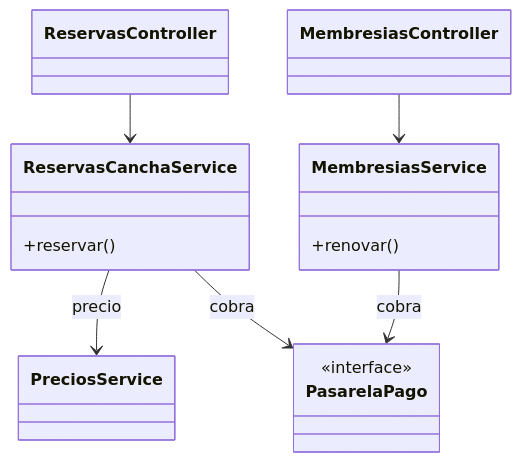
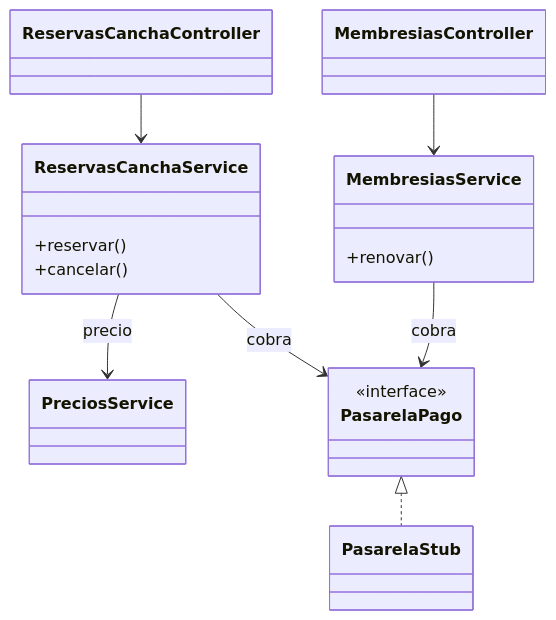
Before and after one commit to PatricioRamos04032000/FitZoneSports: the sixth of 6 diagrams in documentacion/Justificacion_Patrones_Unidad_III.md, drawn with Mermaid. The commit also changed other lines of this file and 19 other files, not shown here.

````diff
--- a/documentacion/Justificacion_Patrones_Unidad_III.md
+++ b/documentacion/Justificacion_Patrones_Unidad_III.md
@@ -662,21 +669,24 @@
 ```mermaid
 classDiagram
     class ReservasCanchaService {
         +reservar()
+        +cancelar()
     }
     class MembresiasService {
         +renovar()
     }
     class PreciosService
     class PasarelaPago {
         <<interface>>
     }
-    class ReservasController
+    class PasarelaStub
+    class ReservasCanchaController
     class MembresiasController
 
-    ReservasController --> ReservasCanchaService
+    ReservasCanchaController --> ReservasCanchaService
     MembresiasController --> MembresiasService
     ReservasCanchaService --> PreciosService : precio
     ReservasCanchaService --> PasarelaPago : cobra
+    PasarelaPago <|.. PasarelaStub
     MembresiasService --> PasarelaPago : cobra
 ```
````
